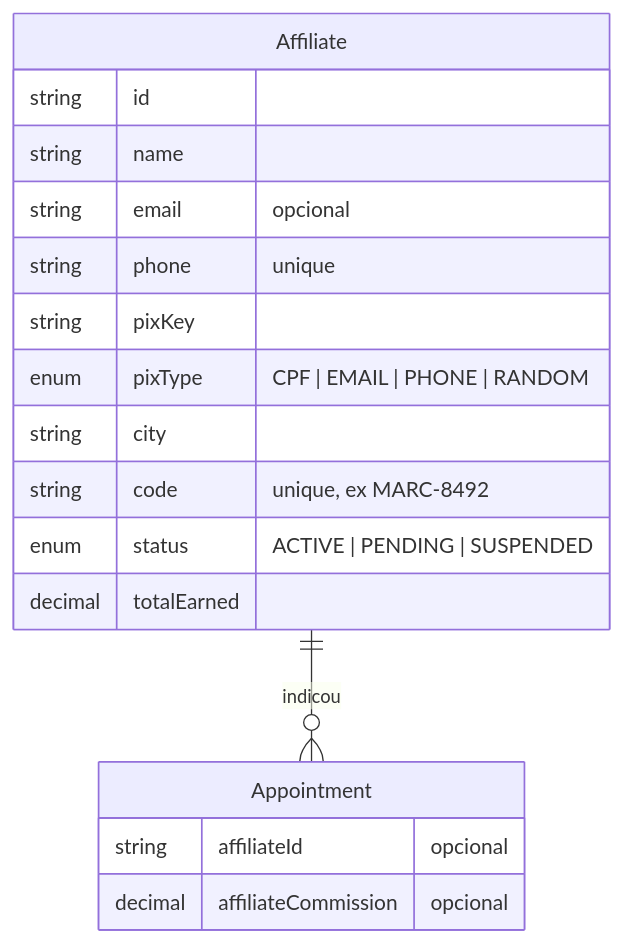
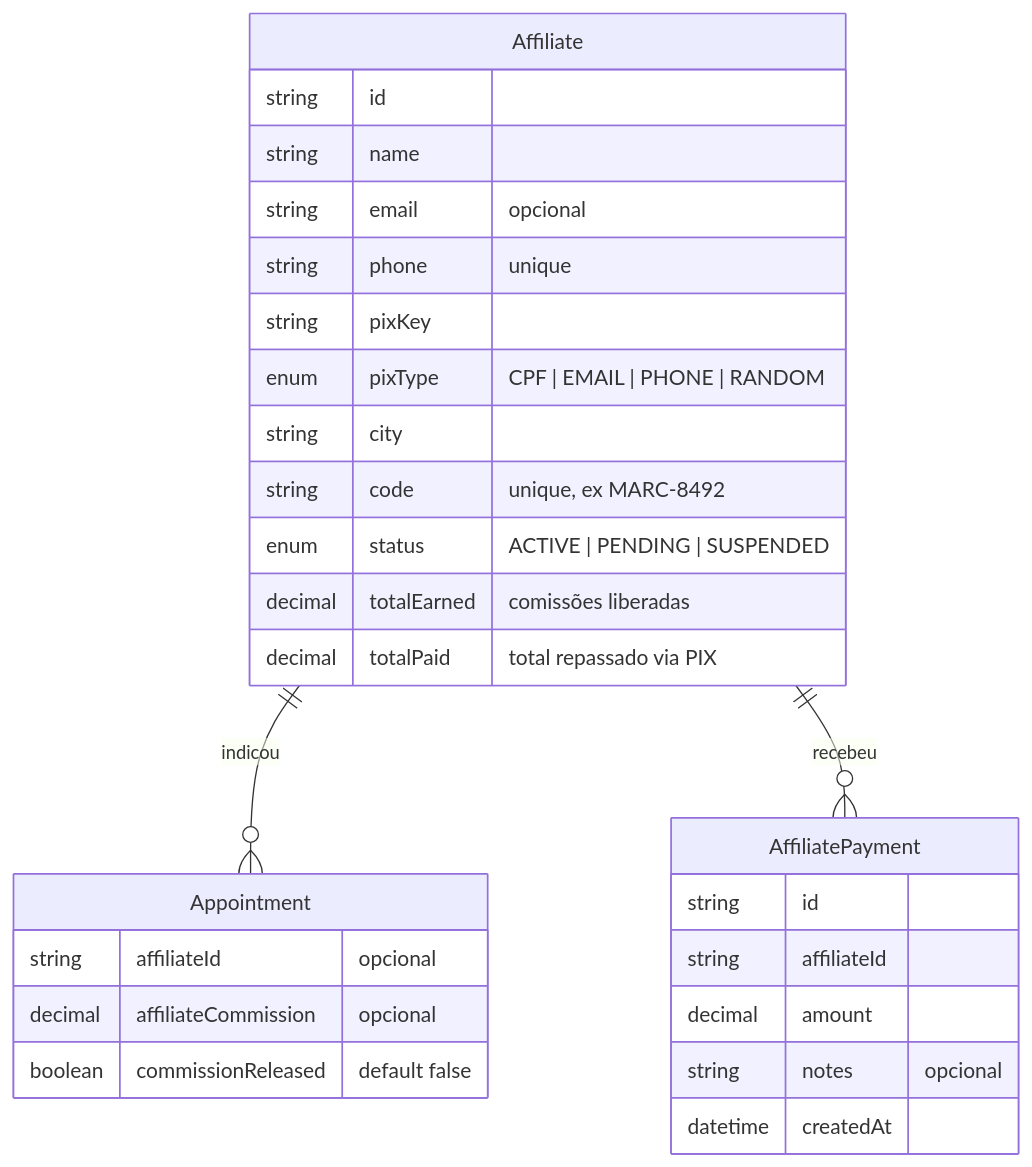
Before and after one commit to marquesemoreno/marcacao: the first of 2 diagrams in docs/obsidian/13 - Programa de Marcadores e Afiliados.md, drawn with Mermaid. The commit also changed other lines of this file and 8 other files, not shown here.

````diff
--- a/docs/obsidian/13 - Programa de Marcadores e Afiliados.md
+++ b/docs/obsidian/13 - Programa de Marcadores e Afiliados.md
@@ -15,20 +26,30 @@
 ```mermaid
 erDiagram
     Affiliate ||--o{ Appointment : "indicou"
+    Affiliate ||--o{ AffiliatePayment : "recebeu"
     Affiliate {
         string id
         string name
         string email "opcional"
         string phone "unique"
         string pixKey
         enum pixType "CPF | EMAIL | PHONE | RANDOM"
         string city
         string code "unique, ex MARC-8492"
         enum status "ACTIVE | PENDING | SUSPENDED"
-        decimal totalEarned
+        decimal totalEarned "comissões liberadas"
+        decimal totalPaid "total repassado via PIX"
     }
     Appointment {
         string affiliateId "opcional"
         decimal affiliateCommission "opcional"
+        boolean commissionReleased "default false"
+    }
+    AffiliatePayment {
+        string id
+        string affiliateId
+        decimal amount
+        string notes "opcional"
+        datetime createdAt
     }
 ```
````
